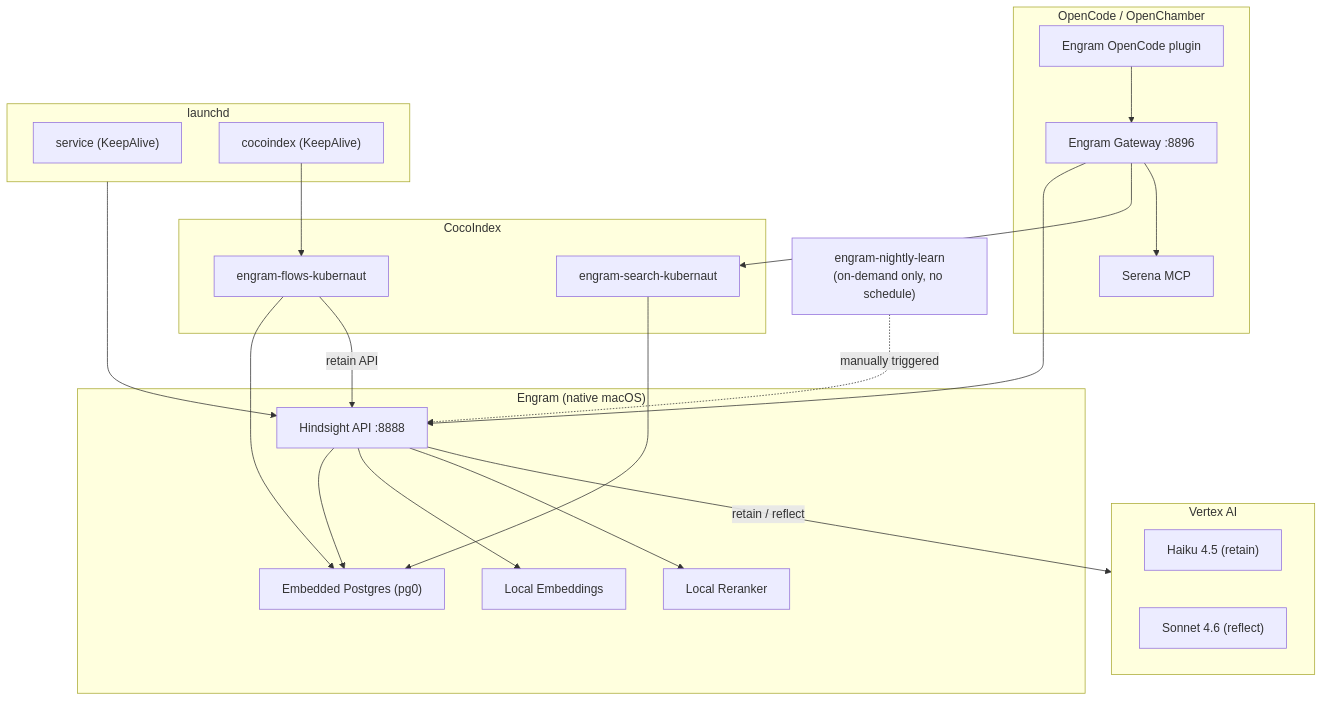
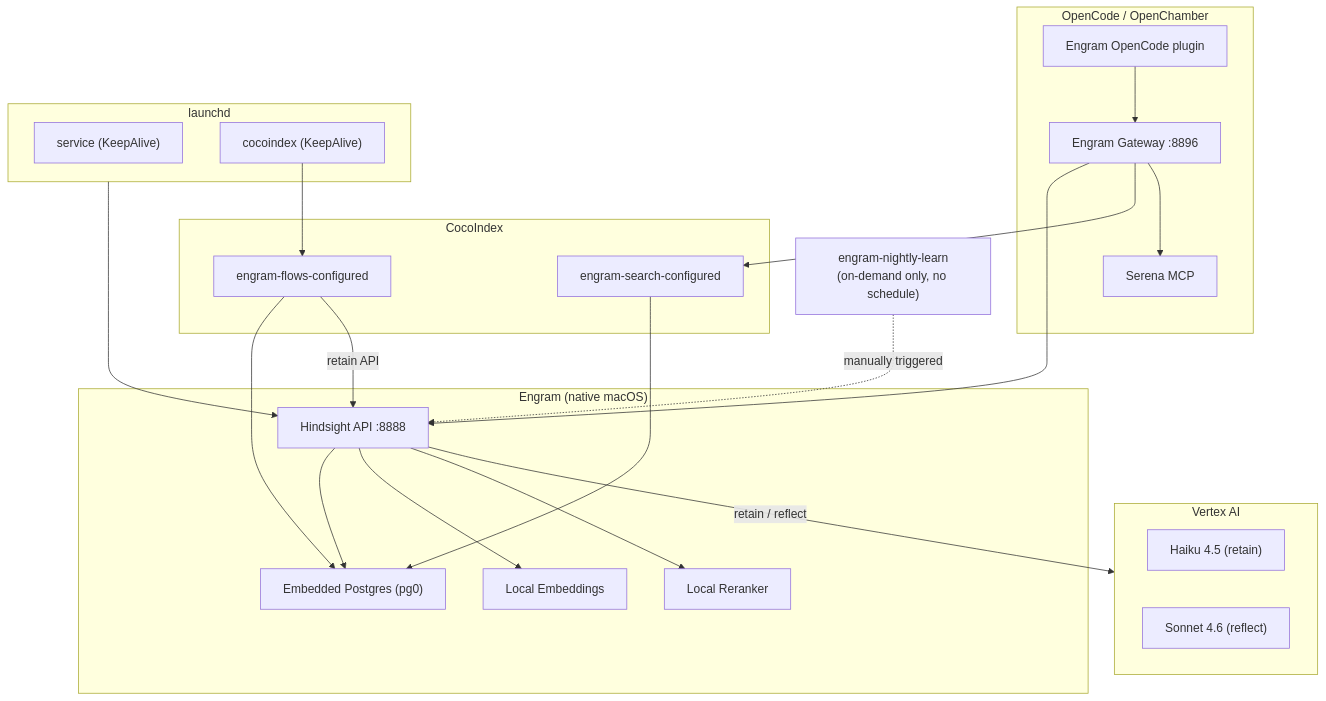
One commit to jordigilh/engram changed the second of 2 diagrams in README.md. Above: the diagram before and after it, drawn with Mermaid. The commit also changed 29 other files, not shown here.

````diff
--- a/README.md
+++ b/README.md
@@ -137,47 +137,47 @@
 ```mermaid
 graph TB
     subgraph client["OpenCode / OpenChamber"]
         plugin["Engram OpenCode plugin"]
         gateway["Engram Gateway :8896"]
         serena["Serena MCP"]
         plugin --> gateway
     end
 
     subgraph engram["Engram (native macOS)"]
         api["Hindsight API :8888"]
         pg["Embedded Postgres (pg0)"]
         emb["Local Embeddings"]
         rerank["Local Reranker"]
     end
 
     subgraph cocoindex_engine["CocoIndex"]
-        coco["engram-flows-kubernaut"]
-        coco_search["engram-search-kubernaut"]
+        coco["engram-flows-configured"]
+        coco_search["engram-search-configured"]
         coco --> pg
         coco_search --> pg
     end
 
     subgraph vertex["Vertex AI"]
         haiku["Haiku 4.5 (retain)"]
         sonnet["Sonnet 4.6 (reflect)"]
     end
 
     subgraph launchd["launchd"]
         svc["service (KeepAlive)"]
         coco_svc["cocoindex (KeepAlive)"]
     end
 
     nightly["engram-nightly-learn<br/>(on-demand only, no schedule)"]
 
     gateway --> api
     gateway --> coco_search
     gateway --> serena
     api --> pg
     api --> emb
     api --> rerank
     api -->|"retain / reflect"| vertex
     launchd --> api
     nightly -.->|"manually triggered"| api
     coco_svc --> coco
     coco -->|"retain API"| api
 ```
````
